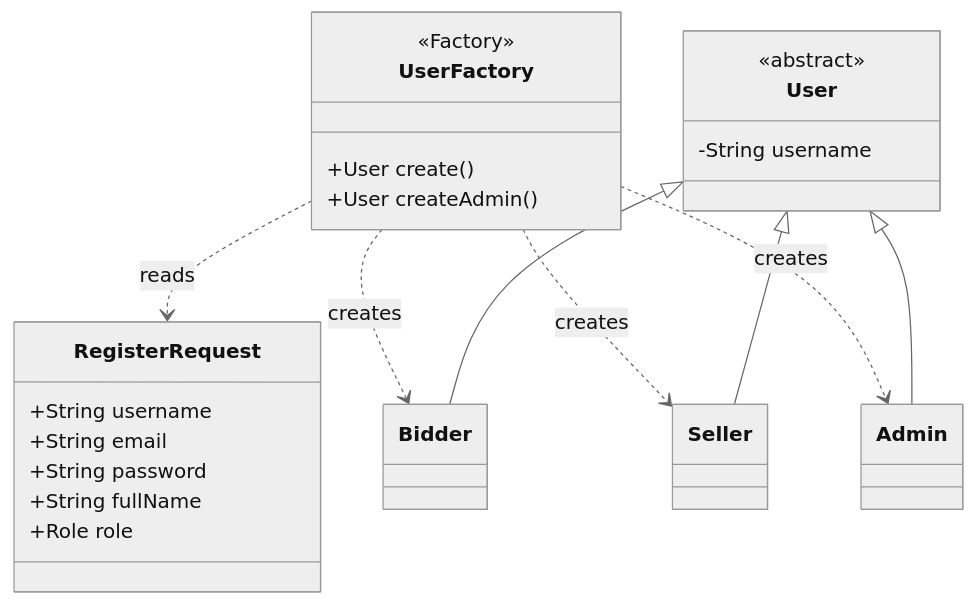
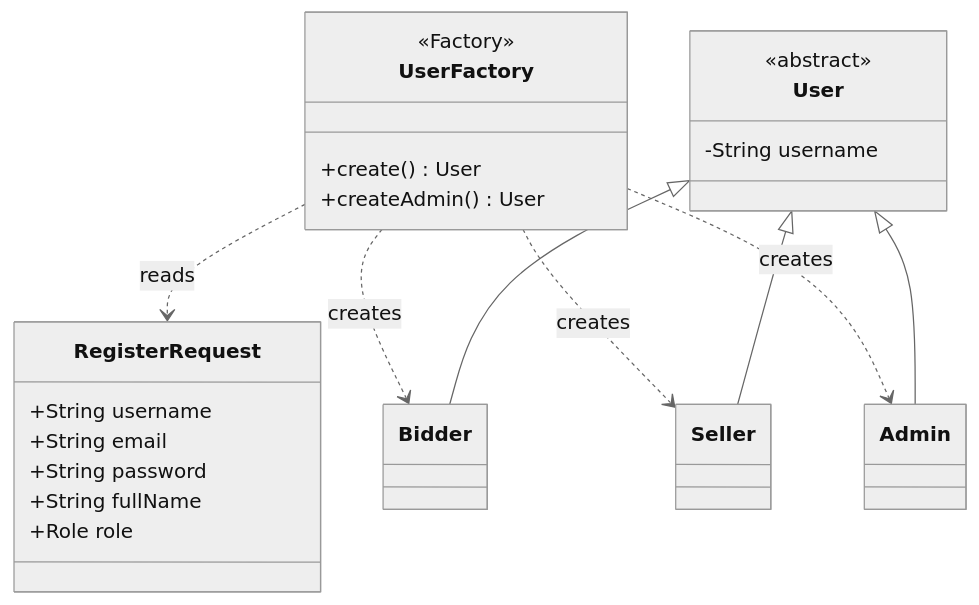
Before and after one commit to quagn-collab/GROUP-6-BTL: the fifth of 6 diagrams in docs/README/README.md, drawn with Mermaid (neutral theme). The commit also changed other lines of this file, not shown here.

````diff
--- a/docs/README/README.md
+++ b/docs/README/README.md
@@ -226,30 +226,30 @@
 ```mermaid
 classDiagram
     direction TB
     class UserFactory {
-        +User create()
-        +User createAdmin()
+        +create() User
+        +createAdmin() User
     }
     class RegisterRequest {
         +String username
         +String email
         +String password
         +String fullName
         +Role role
     }
     class User {
         -String username
     }
     class Bidder
     class Seller
     class Admin
     UserFactory ..> RegisterRequest : reads
     UserFactory ..> Bidder : creates
     UserFactory ..> Seller : creates
     UserFactory ..> Admin : creates
     User <|-- Bidder
     User <|-- Seller
     User <|-- Admin
     <<Factory>> UserFactory
     <<abstract>> User
 ```
````
